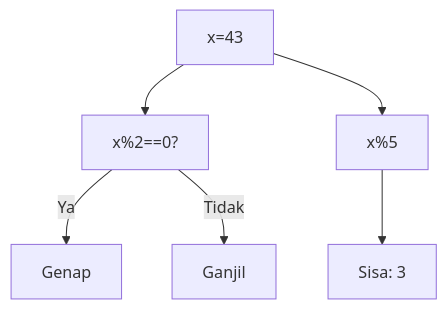
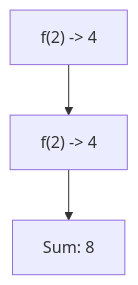
The second of 25 diagrams in part-c-pemahaman-cpp/04-fungsi/latihan/set-06.md (amnahwaida/OSNK_INF_PREP), drawn with Mermaid before and after one commit. The commit also changed other lines of this file and 71 other files, not shown here.

````diff
--- a/part-c-pemahaman-cpp/04-fungsi/latihan/set-06.md
+++ b/part-c-pemahaman-cpp/04-fungsi/latihan/set-06.md
@@ -54,8 +48,5 @@
 ```mermaid
 graph TD
-A["x=43"] --> B["x%2==0?"]
-B -- Ya --> C["Genap"]
-B -- Tidak --> D["Ganjil"]
-A --> E["x%5"]
-E --> F["Sisa: 3"]
+A["f(2) -> 4"] --> B["f(2) -> 4"]
+B --> C["Sum: 8"]
 ```
````
